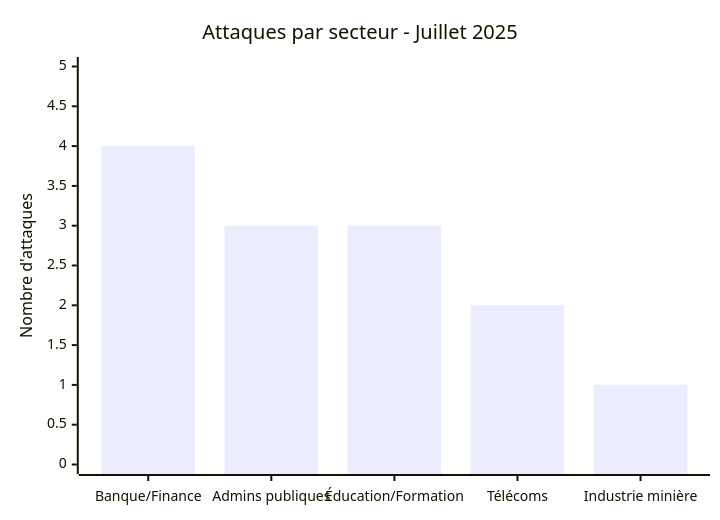
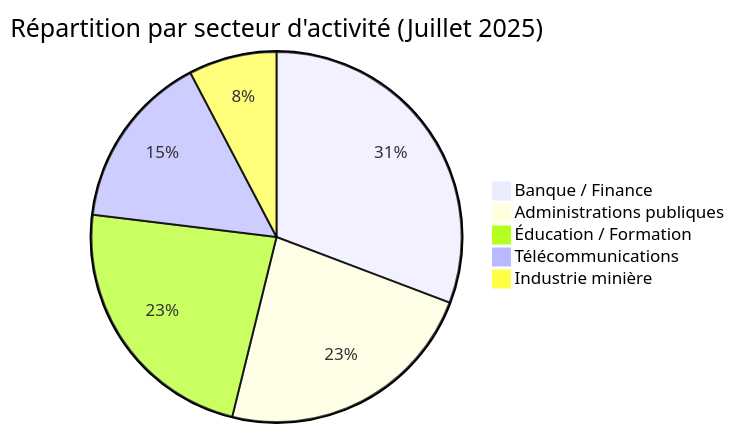
Before and after one commit to Hatchepsoute/AFRINTEL: the second of 5 diagrams in reports/2025/07-july/README_FR.md, drawn with Mermaid. The commit also changed other lines of this file and 1 other file, not shown here.

Commit message:
Rapport CTI : Cyberattaques en Afrique Juillet 2025

````diff
--- a/reports/2025/07-july/README_FR.md
+++ b/reports/2025/07-july/README_FR.md
@@ -58,7 +58,8 @@
 ```mermaid
-xychart-beta
-    title "Attaques par secteur - Juillet 2025"
-    x-axis ["Banque/Finance", "Admins publiques", "Éducation/Formation", "Télécoms", "Industrie minière"]
-    y-axis "Nombre d'attaques" 0 --> 5
-    bar [4, 3, 3, 2, 1]
+pie title Répartition par secteur d'activité (Juillet 2025)
+    "Banque / Finance" : 4
+    "Administrations publiques" : 3
+    "Éducation / Formation" : 3
+    "Télécommunications" : 2
+    "Industrie minière" : 1
 ```
````
